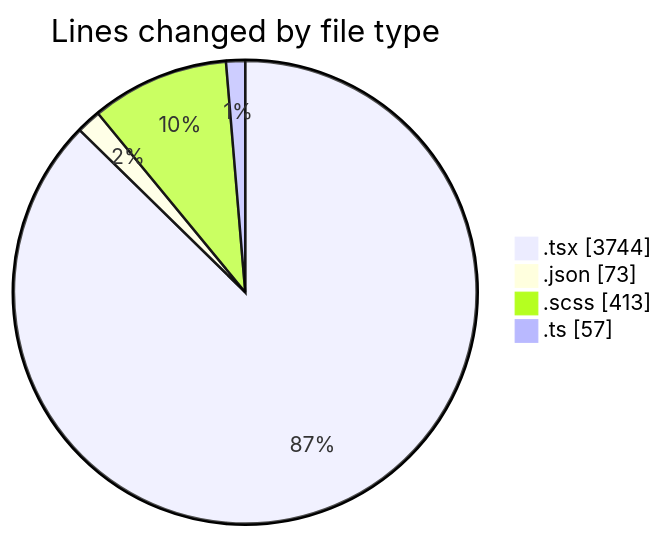
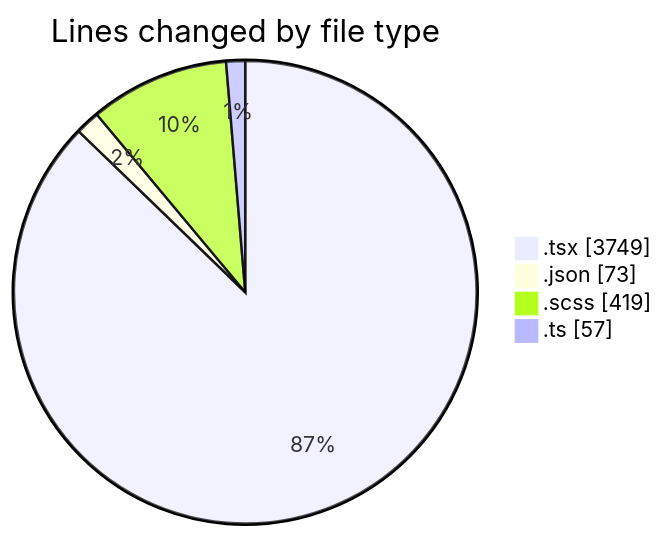
The first of 2 diagrams in 2025-10-02/cda/README.md (momahboobian/code-tracking), drawn with Mermaid before and after one commit. The commit also changed other lines of this file and 1 other file, not shown here.

````diff
--- a/2025-10-02/cda/README.md
+++ b/2025-10-02/cda/README.md
@@ -29,8 +29,8 @@
 ```mermaid
 pie showData
 title Lines changed by file type
-".tsx" : 3744
+".tsx" : 3749
 ".json" : 73
-".scss" : 413
+".scss" : 419
 ".ts" : 57
 ```
````
